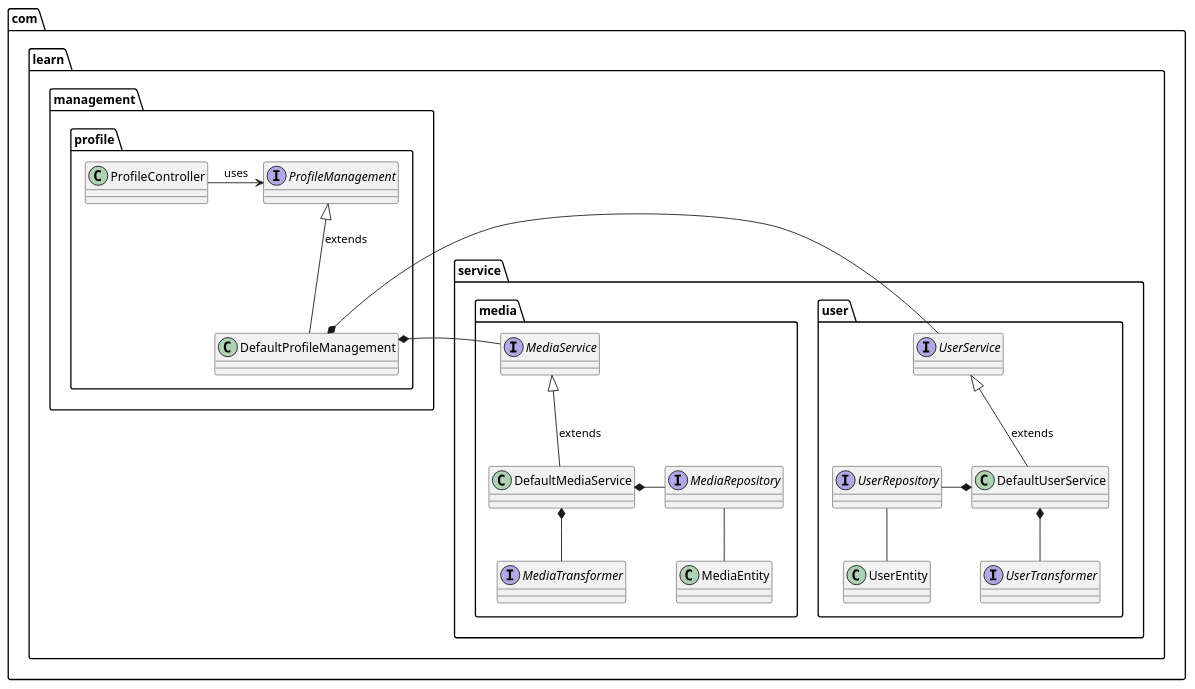
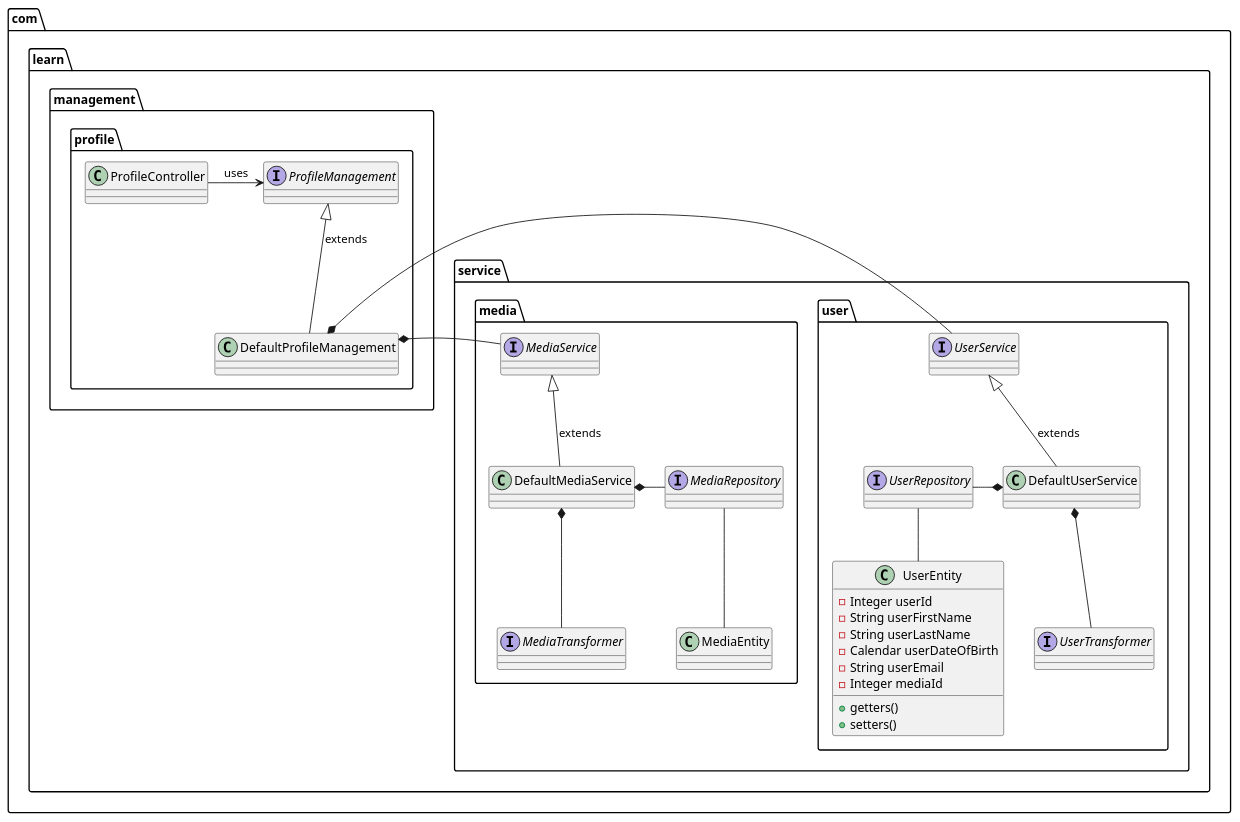
Before and after one commit to gabrianoo/prepare-your-self: the diagram in src/main/resources/uml/ProfileClassDIagram.puml, drawn with PlantUML. The commit also changed 1 other file, not shown here.

Commit message:
Modified the UML and added the User Entity

```diff
--- a/src/main/resources/uml/ProfileClassDIagram.puml
+++ b/src/main/resources/uml/ProfileClassDIagram.puml
@@ -1,47 +1,55 @@
 @startuml
 
 package com.learn.service.user {
     interface UserService
     UserService <|-- DefaultUserService : extends
 
     class DefaultUserService
     DefaultUserService *-left- UserRepository
     DefaultUserService *-- UserTransformer
 
     interface UserRepository
 
     class UserEntity
     UserEntity -up- UserRepository
+    UserEntity :  - Integer userId
+    UserEntity :  - String userFirstName
+    UserEntity :  - String userLastName
+    UserEntity :  - Calendar userDateOfBirth
+    UserEntity :  - String userEmail
+    UserEntity :  - Integer mediaId
+    UserEntity : + getters()
+    UserEntity : + setters()
 
     interface UserTransformer
 }
 
 package com.learn.service.media {
     interface MediaService
     MediaService <|-- DefaultMediaService : extends
 
     class DefaultMediaService
     DefaultMediaService *-right- MediaRepository
     DefaultMediaService *-- MediaTransformer
 
     interface MediaRepository
 
     class MediaEntity
     MediaEntity -up- MediaRepository
 
     interface MediaTransformer
 }
 
 package com.learn.management.profile {
     interface ProfileManagement
     ProfileManagement <|-- DefaultProfileManagement : extends
 
     class DefaultProfileManagement
     DefaultProfileManagement *-left- MediaService
     DefaultProfileManagement *-right- UserService
 
     class ProfileController
     ProfileController -right-> ProfileManagement : uses
 }
 
 @enduml
```
